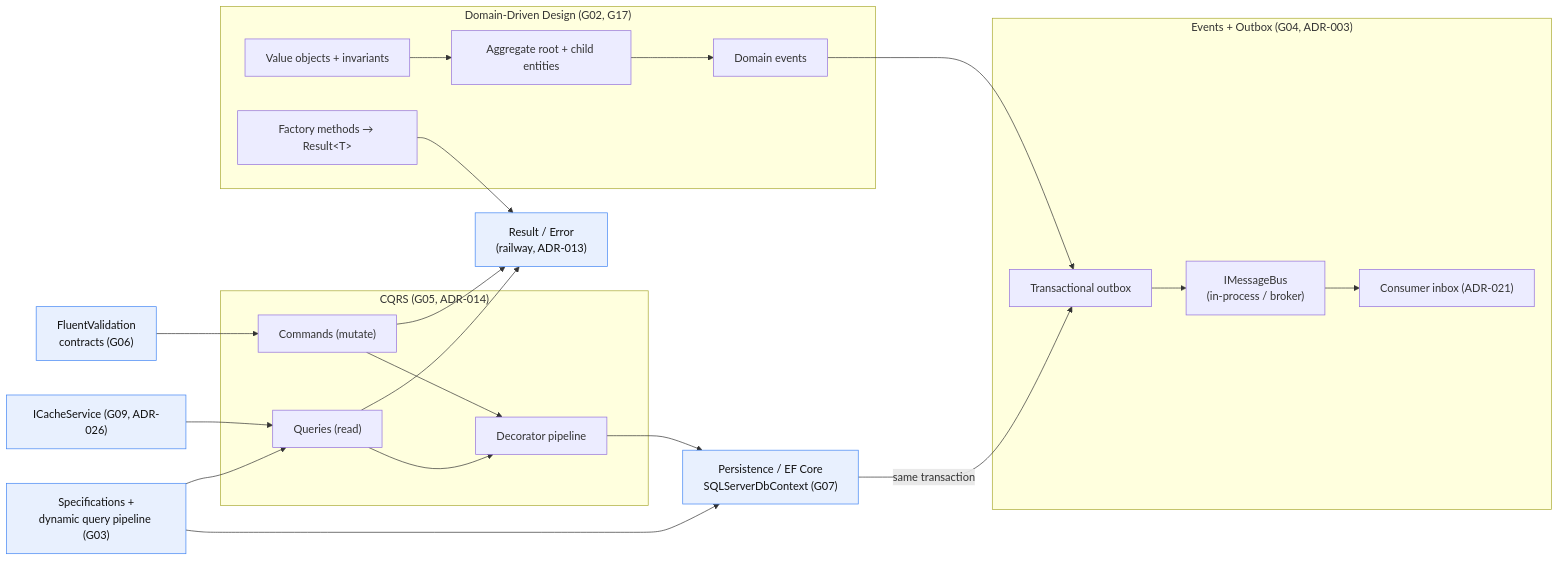
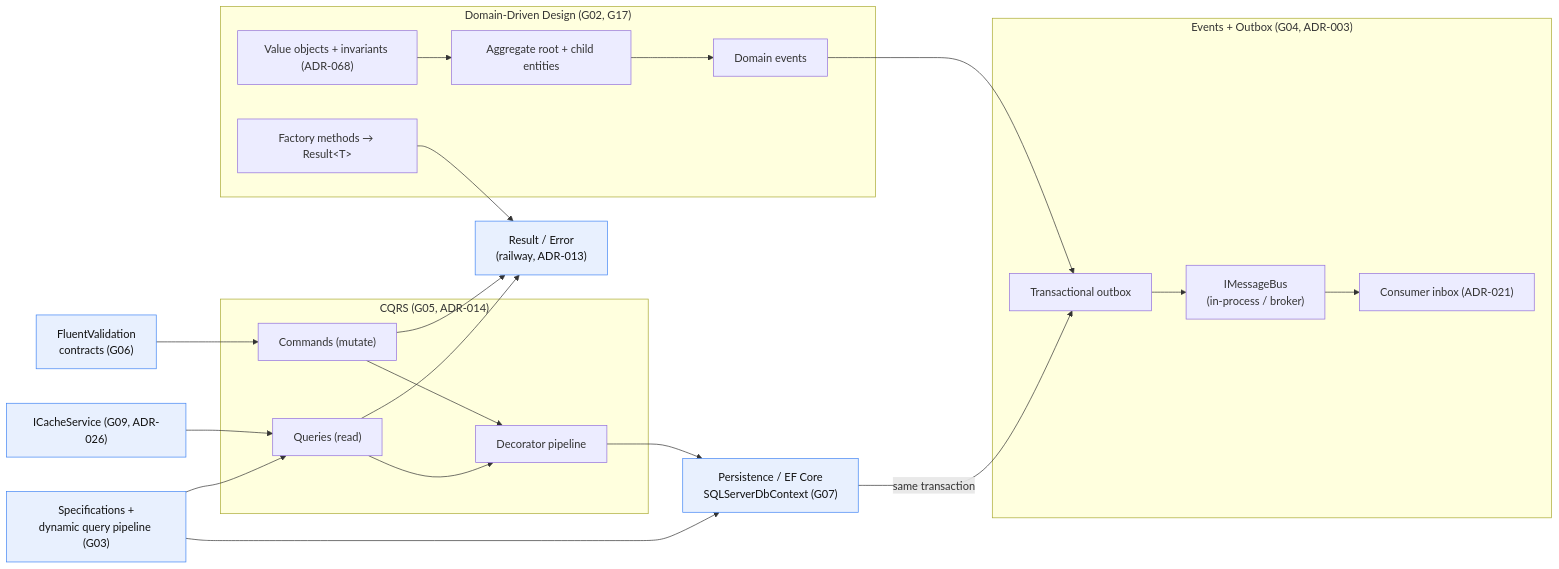
One commit to ivanball/ivanball.github.io changed the fourth of 15 diagrams in docs-src/onboarding/CONCEPT-MAPS.md. Above: the diagram before and after it, drawn with Mermaid. The commit also changed other lines of this file and 3 other files, not shown here.

````diff
--- a/docs-src/onboarding/CONCEPT-MAPS.md
+++ b/docs-src/onboarding/CONCEPT-MAPS.md
@@ -231,49 +231,49 @@
 ```mermaid
 flowchart LR
     RESULT["Result / Error<br/>(railway, ADR-013)"]
 
     subgraph DDD["Domain-Driven Design (G02, G17)"]
         AGG["Aggregate root + child entities"]
-        VO["Value objects + invariants"]
+        VO["Value objects + invariants (ADR-068)"]
         FACT["Factory methods → Result&lt;T&gt;"]
         DE["Domain events"]
     end
 
     SPEC["Specifications +<br/>dynamic query pipeline (G03)"]
     VALID["FluentValidation<br/>contracts (G06)"]
 
     subgraph CQRS["CQRS (G05, ADR-014)"]
         CMD["Commands (mutate)"]
         QRY["Queries (read)"]
         PIPE["Decorator pipeline"]
     end
 
     subgraph EVT["Events + Outbox (G04, ADR-003)"]
         OUTBOX["Transactional outbox"]
         BUS["IMessageBus<br/>(in-process / broker)"]
         INBOX["Consumer inbox (ADR-021)"]
     end
 
     PERSIST["Persistence / EF Core<br/>SQLServerDbContext (G07)"]
     CACHE["ICacheService (G09, ADR-026)"]
 
     FACT --> RESULT
     AGG --> DE
     VO --> AGG
     CMD --> RESULT
     QRY --> RESULT
     VALID --> CMD
     CACHE --> QRY
     CMD --> PIPE
     QRY --> PIPE
     PIPE --> PERSIST
     SPEC --> QRY
     SPEC --> PERSIST
     DE --> OUTBOX
     PERSIST -->|"same transaction"| OUTBOX
     OUTBOX --> BUS
     BUS --> INBOX
 
     classDef core fill:#e8f0fe,stroke:#4285f4,color:#111
     class RESULT,SPEC,VALID,PERSIST,CACHE core
 ```
````
